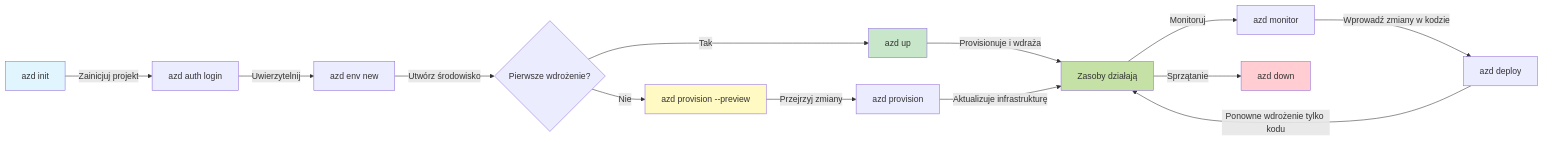
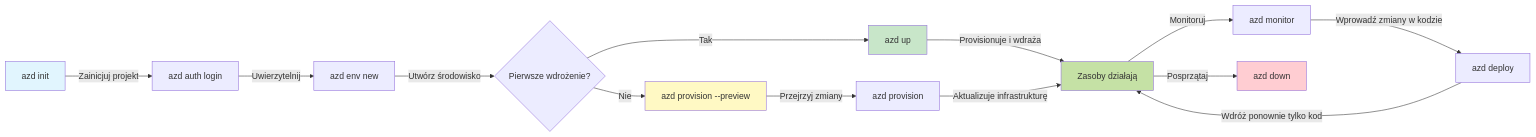
Before and after one commit to microsoft/AZD-for-beginners: the first of 2 diagrams in translations/pl/docs/chapter-01-foundation/azd-basics.md, drawn with Mermaid. The commit also changed other lines of this file and 104 other files, not shown here.

````diff
--- a/translations/pl/docs/chapter-01-foundation/azd-basics.md
+++ b/translations/pl/docs/chapter-01-foundation/azd-basics.md
@@ -269,21 +269,21 @@
 ```mermaid
 graph LR
     A[azd init] -->|Zainicjuj projekt| B[azd auth login]
     B -->|Uwierzytelnij| C[azd env new]
     C -->|Utwórz środowisko| D{Pierwsze wdrożenie?}
     D -->|Tak| E[azd up]
     D -->|Nie| F[azd provision --preview]
     F -->|Przejrzyj zmiany| G[azd provision]
     E -->|Provisionuje i wdraża| H[Zasoby działają]
     G -->|Aktualizuje infrastrukturę| H
     H -->|Monitoruj| I[azd monitor]
     I -->|Wprowadź zmiany w kodzie| J[azd deploy]
-    J -->|Ponowne wdrożenie tylko kodu| H
-    H -->|Sprzątanie| K[azd down]
+    J -->|Wdróż ponownie tylko kod| H
+    H -->|Posprzątaj| K[azd down]
     
     style A fill:#e1f5fe
     style E fill:#c8e6c9
     style F fill:#fff9c4
     style H fill:#c5e1a5
     style K fill:#ffcdd2
 ```
````
